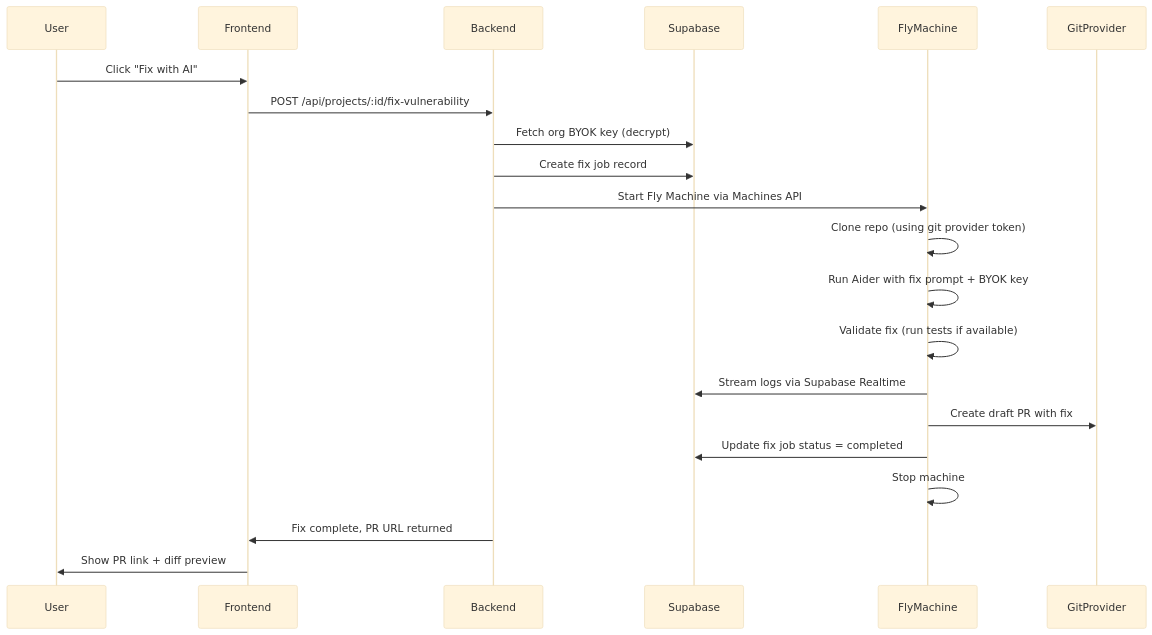
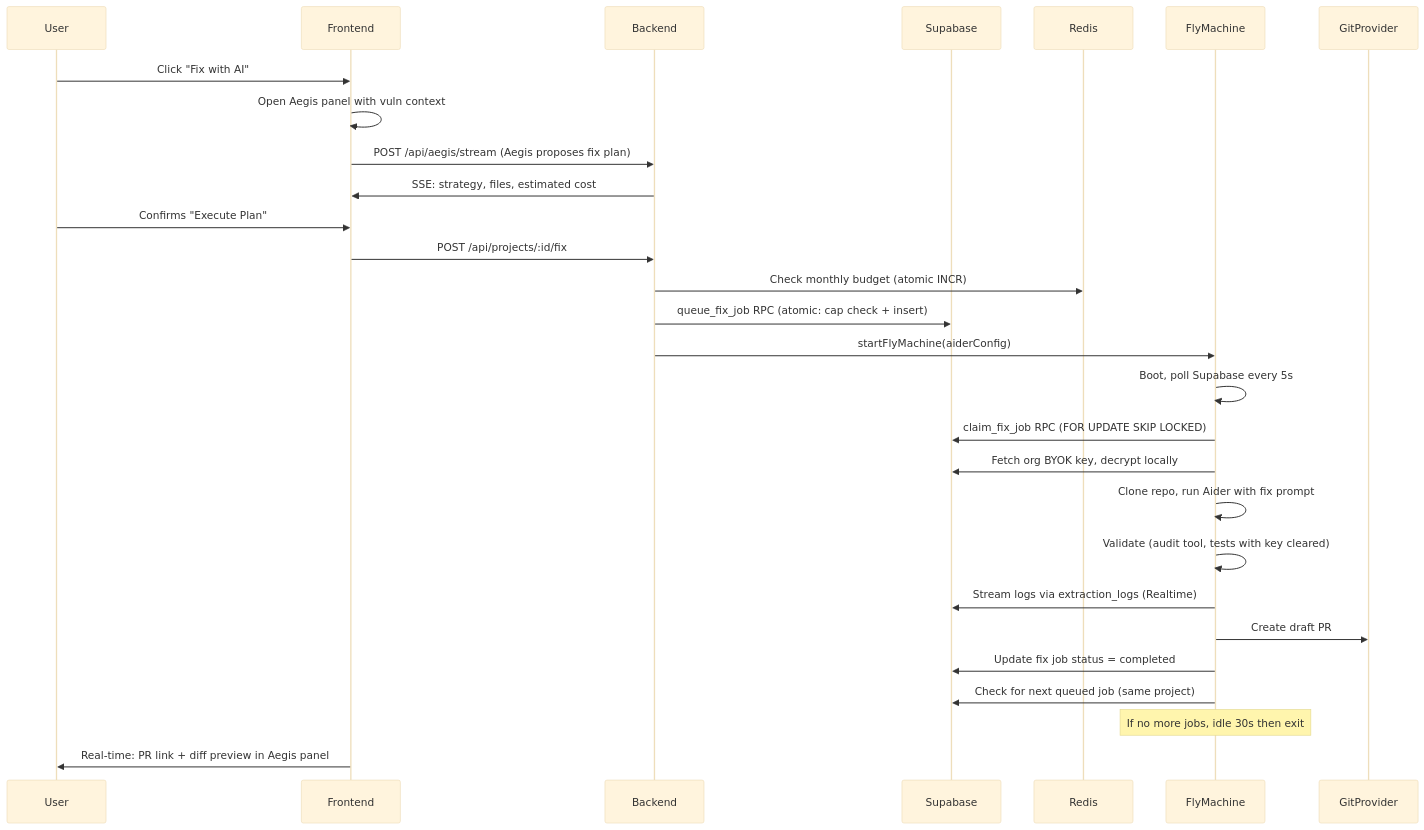
Before and after one commit to deptex/deptex: the first of 2 diagrams in .cursor/plans/phase_07_aider.plan.md, drawn with Mermaid (base theme). The commit also changed other lines of this file and 269 other files, not shown here.

````diff
--- a/.cursor/plans/phase_07_aider.plan.md
+++ b/.cursor/plans/phase_07_aider.plan.md
@@ -17,24 +19,31 @@
 ```mermaid
 sequenceDiagram
     participant U as User
     participant FE as Frontend
     participant BE as Backend
     participant DB as Supabase
+    participant RD as Redis
     participant FM as FlyMachine
     participant GH as GitProvider
 
     U->>FE: Click "Fix with AI"
-    FE->>BE: POST /api/projects/:id/fix-vulnerability
-    BE->>DB: Fetch org BYOK key (decrypt)
-    BE->>DB: Create fix job record
-    BE->>FM: Start Fly Machine via Machines API
-    FM->>FM: Clone repo (using git provider token)
-    FM->>FM: Run Aider with fix prompt + BYOK key
-    FM->>FM: Validate fix (run tests if available)
-    FM->>DB: Stream logs via Supabase Realtime
-    FM->>GH: Create draft PR with fix
+    FE->>FE: Open Aegis panel with vuln context
+    FE->>BE: POST /api/aegis/stream (Aegis proposes fix plan)
+    BE->>FE: SSE: strategy, files, estimated cost
+    U->>FE: Confirms "Execute Plan"
+    FE->>BE: POST /api/projects/:id/fix
+    BE->>RD: Check monthly budget (atomic INCR)
+    BE->>DB: queue_fix_job RPC (atomic: cap check + insert)
+    BE->>FM: startFlyMachine(aiderConfig)
+    FM->>FM: Boot, poll Supabase every 5s
+    FM->>DB: claim_fix_job RPC (FOR UPDATE SKIP LOCKED)
+    FM->>DB: Fetch org BYOK key, decrypt locally
+    FM->>FM: Clone repo, run Aider with fix prompt
+    FM->>FM: Validate (audit tool, tests with key cleared)
+    FM->>DB: Stream logs via extraction_logs (Realtime)
+    FM->>GH: Create draft PR
     FM->>DB: Update fix job status = completed
-    FM->>FM: Stop machine
-    BE->>FE: Fix complete, PR URL returned
-    FE->>U: Show PR link + diff preview
+    FM->>DB: Check for next queued job (same project)
+    Note over FM: If no more jobs, idle 30s then exit
+    FE->>U: Real-time: PR link + diff preview in Aegis panel
 ```
````
